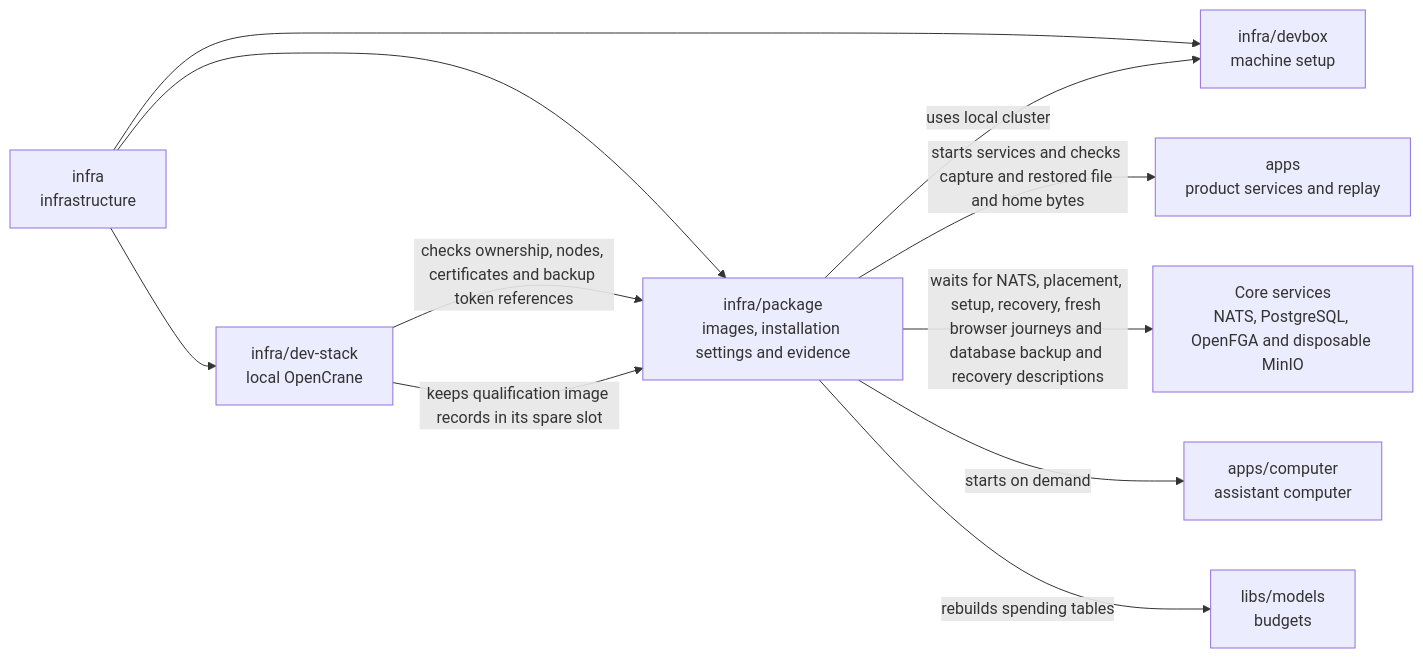
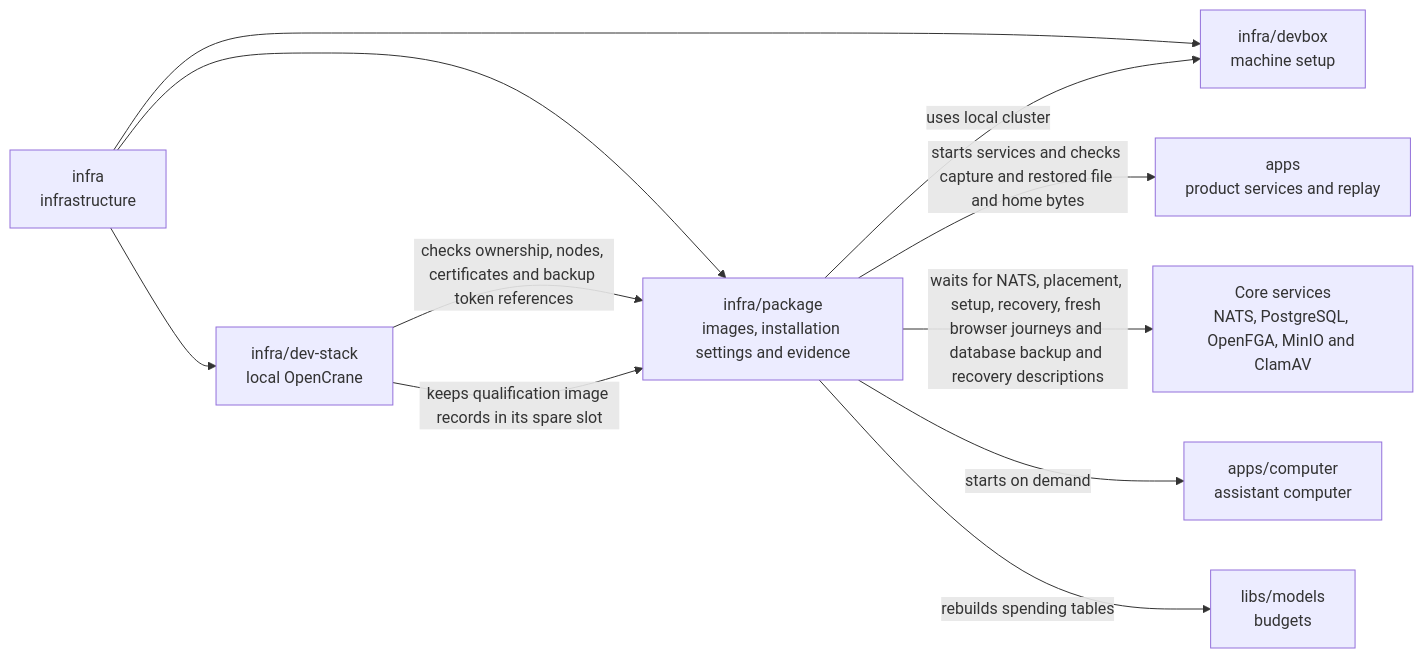
One commit to elewa-git/opencrane-new changed the diagram in infra/package/README.md. Above: the diagram before and after it, drawn with Mermaid. The commit also changed other lines of this file and 46 other files, not shown here.

````diff
--- a/infra/package/README.md
+++ b/infra/package/README.md
@@ -19,13 +19,13 @@
 ```mermaid
 flowchart LR
   infra["infra<br/>infrastructure"] --> package["infra/package<br/>images, installation settings and evidence"]
   infra --> stack["infra/dev-stack<br/>local OpenCrane"]
   infra --> devbox["infra/devbox<br/>machine setup"]
   stack -->|checks ownership, nodes, certificates and backup token references| package
   package -->|uses local cluster| devbox
   package -->|starts services and checks capture and restored file and home bytes| apps["apps<br/>product services and replay"]
-  package -->|waits for NATS, placement, setup, recovery, fresh browser journeys and database backup and recovery descriptions| services["Core services<br/>NATS, PostgreSQL, OpenFGA and disposable MinIO"]
+  package -->|waits for NATS, placement, setup, recovery, fresh browser journeys and database backup and recovery descriptions| services["Core services<br/>NATS, PostgreSQL, OpenFGA, MinIO and ClamAV"]
   package -->|starts on demand| computer["apps/computer<br/>assistant computer"]
   package -->|rebuilds spending tables| models["libs/models<br/>budgets"]
   stack -->|keeps qualification image records in its spare slot| package
 ```
````
